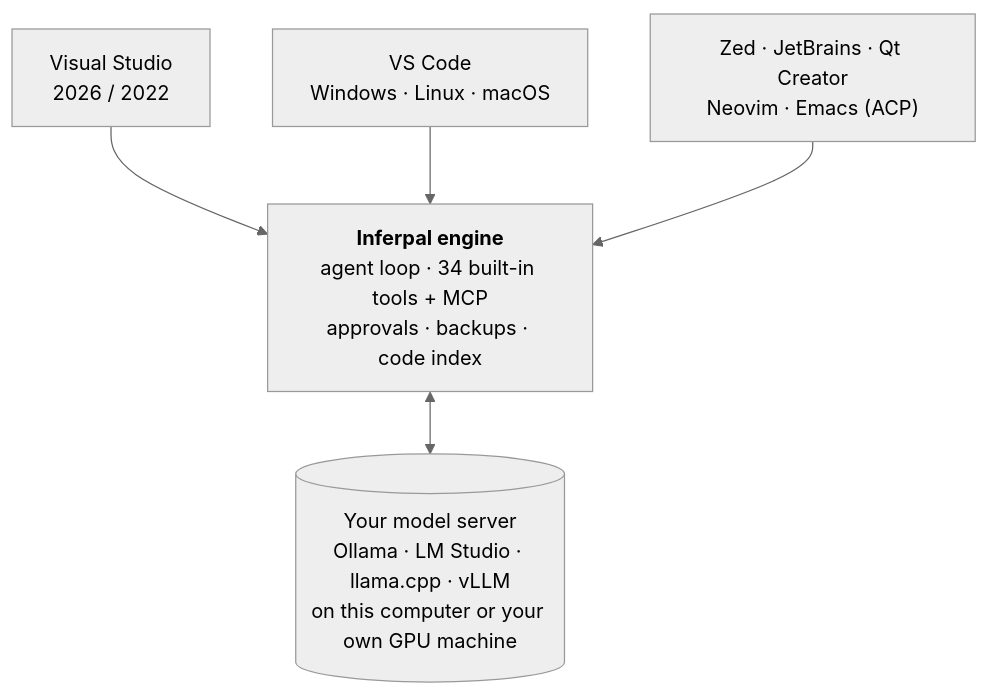
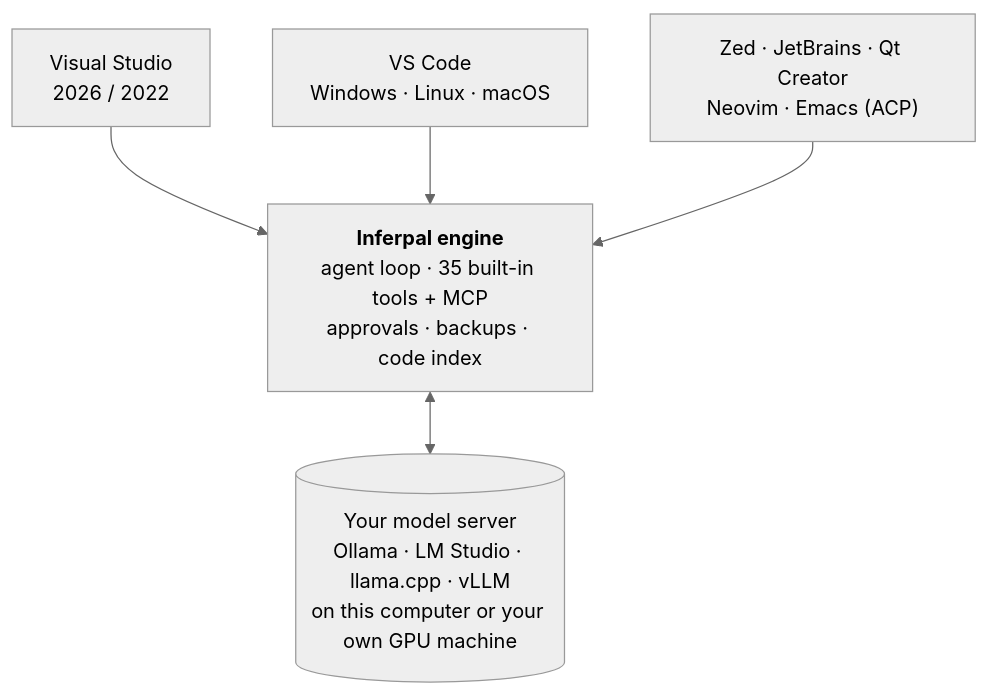
One commit to EstaxNet/Inferpal changed the second of 2 diagrams in README.md. Above: the diagram before and after it, drawn with Mermaid (neutral theme). The commit also changed other lines of this file and 42 other files, not shown here.

````diff
--- a/README.md
+++ b/README.md
@@ -161,10 +161,10 @@
 ```mermaid
 flowchart TB
     VS["Visual Studio<br/>2026 / 2022"]
     VSC["VS Code<br/>Windows · Linux · macOS"]
     ACP["Zed · JetBrains · Qt Creator<br/>Neovim · Emacs (ACP)"]
-    ENGINE["<b>Inferpal engine</b><br/>agent loop · 34 built-in tools + MCP<br/>approvals · backups · code index"]
+    ENGINE["<b>Inferpal engine</b><br/>agent loop · 35 built-in tools + MCP<br/>approvals · backups · code index"]
     MODEL[("Your model server<br/>Ollama · LM Studio · llama.cpp · vLLM<br/>on this computer or your own GPU machine")]
     VS & VSC & ACP --> ENGINE
     ENGINE <--> MODEL
 ```
````
